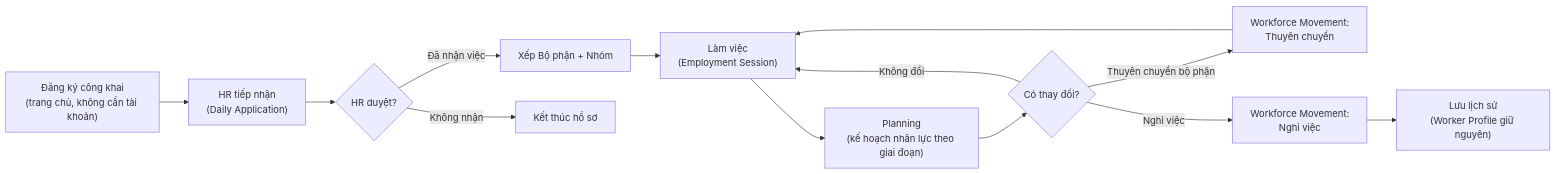
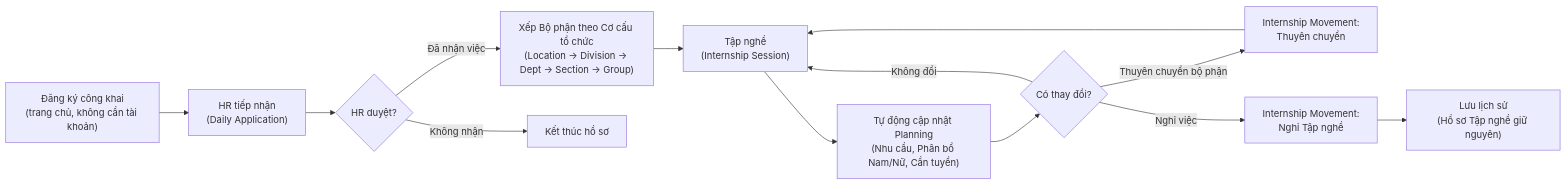
Before and after one commit to nguyenanvuong2006/seasonal-worker: the diagram in docs/user-guide/01-gioi-thieu.md, drawn with Mermaid. The commit also changed other lines of this file and 45 other files, not shown here.

````diff
--- a/docs/user-guide/01-gioi-thieu.md
+++ b/docs/user-guide/01-gioi-thieu.md
@@ -32,15 +34,15 @@
 ```mermaid
 flowchart LR
     A["Đăng ký công khai<br/>(trang chủ, không cần tài khoản)"] --> B["HR tiếp nhận<br/>(Daily Application)"]
     B --> C{"HR duyệt?"}
-    C -- "Đã nhận việc" --> D["Xếp Bộ phận + Nhóm"]
+    C -- "Đã nhận việc" --> D["Xếp Bộ phận theo Cơ cấu tổ chức<br/>(Location → Division → Dept → Section → Group)"]
     C -- "Không nhận" --> Z["Kết thúc hồ sơ"]
-    D --> E["Làm việc<br/>(Employment Session)"]
-    E --> F["Planning<br/>(kế hoạch nhân lực theo giai đoạn)"]
+    D --> E["Tập nghề<br/>(Internship Session)"]
+    E --> F["Tự động cập nhật Planning<br/>(Nhu cầu, Phân bổ Nam/Nữ, Cần tuyển)"]
     F --> G{"Có thay đổi?"}
-    G -- "Thuyên chuyển bộ phận" --> H["Workforce Movement:<br/>Thuyên chuyển"]
-    G -- "Nghỉ việc" --> I["Workforce Movement:<br/>Nghỉ việc"]
+    G -- "Thuyên chuyển bộ phận" --> H["Internship Movement:<br/>Thuyên chuyển"]
+    G -- "Nghỉ việc" --> I["Internship Movement:<br/>Nghỉ Tập nghề"]
     G -- "Không đổi" --> E
     H --> E
-    I --> J["Lưu lịch sử<br/>(Worker Profile giữ nguyên)"]
+    I --> J["Lưu lịch sử<br/>(Hồ sơ Tập nghề giữ nguyên)"]
 ```
````
